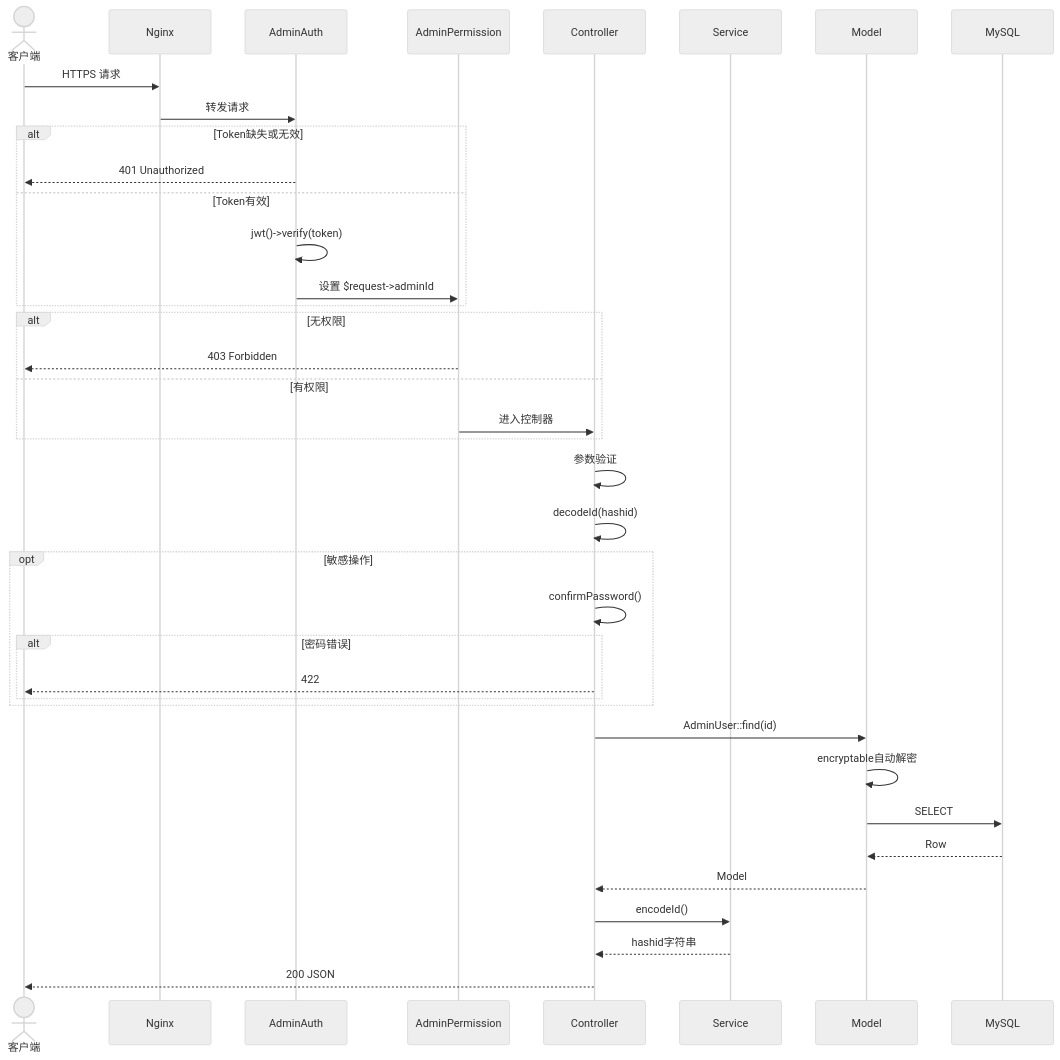
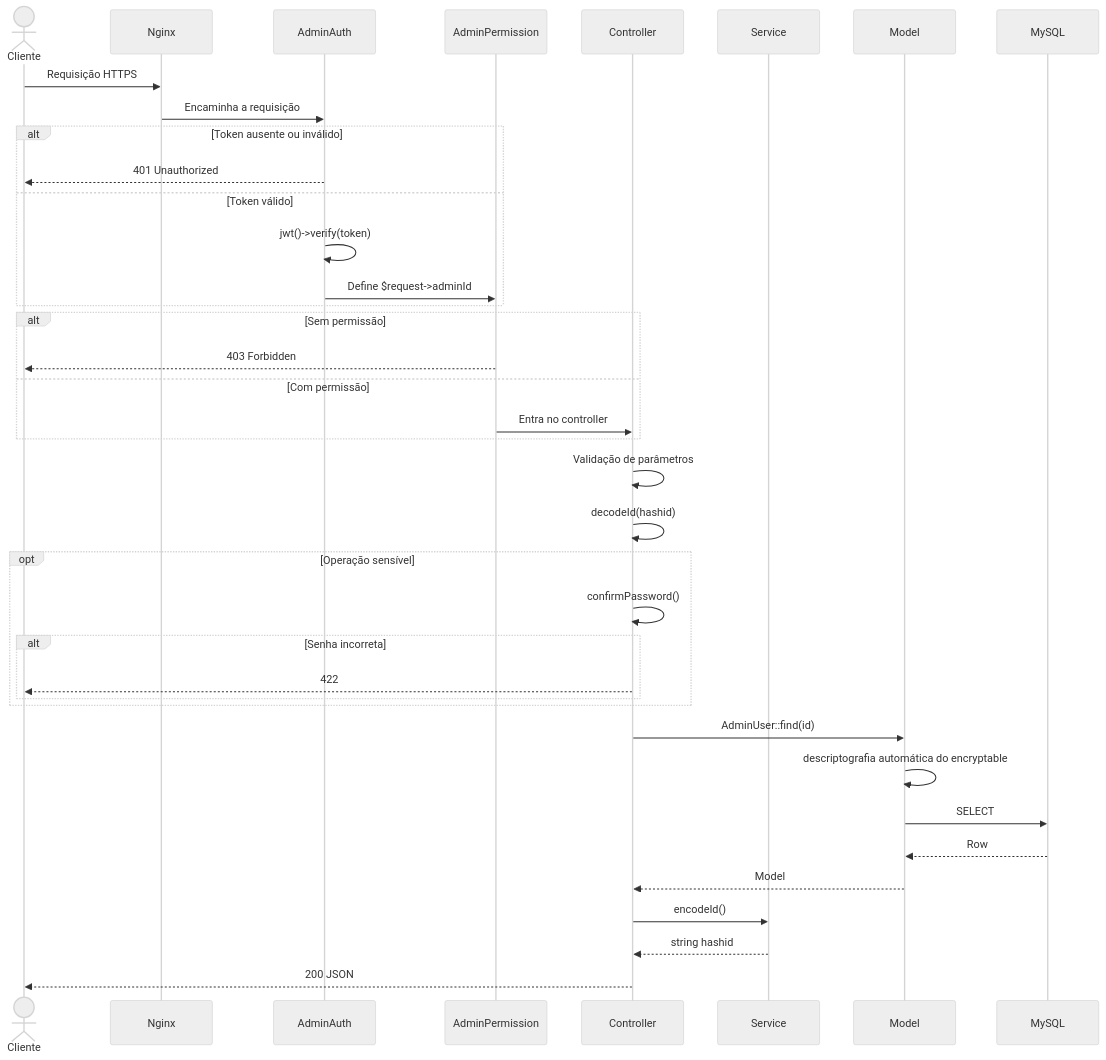
Before and after one commit to erikwang2013/game-platform-php: the diagram in admin/docs/diagrams/03-request-lifecycle.pt.md, drawn with Mermaid (neutral theme). The commit also changed 211 other files, not shown here.

First line of the commit message:
fix: 支付配置读回类型根治、提现事件对账巡检，12 语族 mermaid 与 API 标签本地化

````diff
--- a/admin/docs/diagrams/03-request-lifecycle.pt.md
+++ b/admin/docs/diagrams/03-request-lifecycle.pt.md
@@ -7,48 +7,48 @@
 ```mermaid
 sequenceDiagram
-    actor C as 客户端
+    actor C as Cliente
     participant N as Nginx
     participant MW1 as AdminAuth
     participant MW2 as AdminPermission
     participant CTL as Controller
     participant SVC as Service
     participant MDL as Model
     participant DB as MySQL
 
-    C->>N: HTTPS 请求
-    N->>MW1: 转发请求
+    C->>N: Requisição HTTPS
+    N->>MW1: Encaminha a requisição
 
-    alt Token缺失或无效
+    alt Token ausente ou inválido
         MW1-->>C: 401 Unauthorized
-    else Token有效
+    else Token válido
         MW1->>MW1: jwt()->verify(token)
-        MW1->>MW2: 设置 $request->adminId
+        MW1->>MW2: Define $request->adminId
     end
 
-    alt 无权限
+    alt Sem permissão
         MW2-->>C: 403 Forbidden
-    else 有权限
-        MW2->>CTL: 进入控制器
+    else Com permissão
+        MW2->>CTL: Entra no controller
     end
 
-    CTL->>CTL: 参数验证
+    CTL->>CTL: Validação de parâmetros
     CTL->>CTL: decodeId(hashid)
 
-    opt 敏感操作
+    opt Operação sensível
         CTL->>CTL: confirmPassword()
-        alt 密码错误
+        alt Senha incorreta
             CTL-->>C: 422
         end
     end
 
     CTL->>MDL: AdminUser::find(id)
-    MDL->>MDL: encryptable自动解密
+    MDL->>MDL: descriptografia automática do encryptable
     MDL->>DB: SELECT
     DB-->>MDL: Row
     MDL-->>CTL: Model
 
     CTL->>SVC: encodeId()
-    SVC-->>CTL: hashid字符串
+    SVC-->>CTL: string hashid
 
     CTL-->>C: 200 JSON
 ```
````
